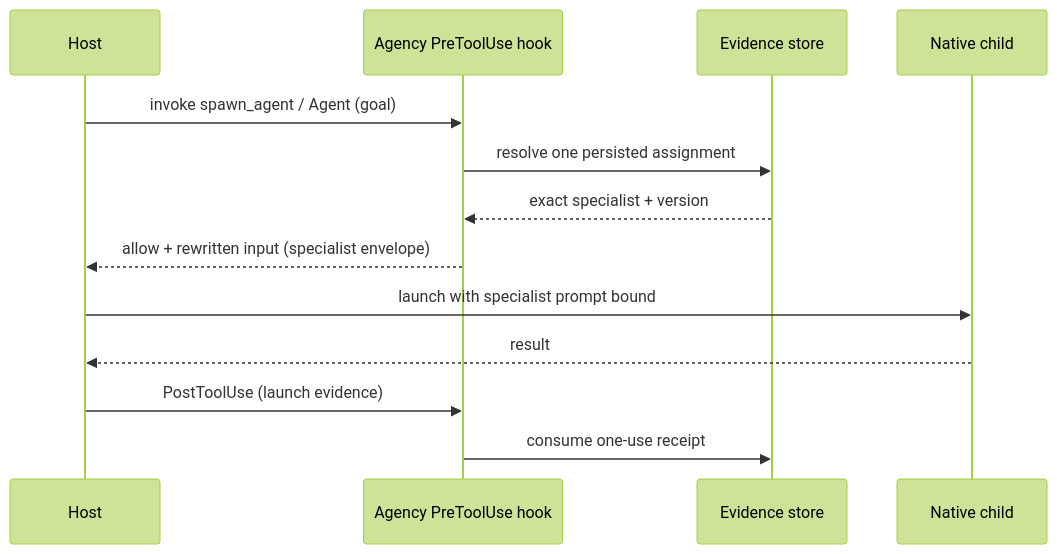
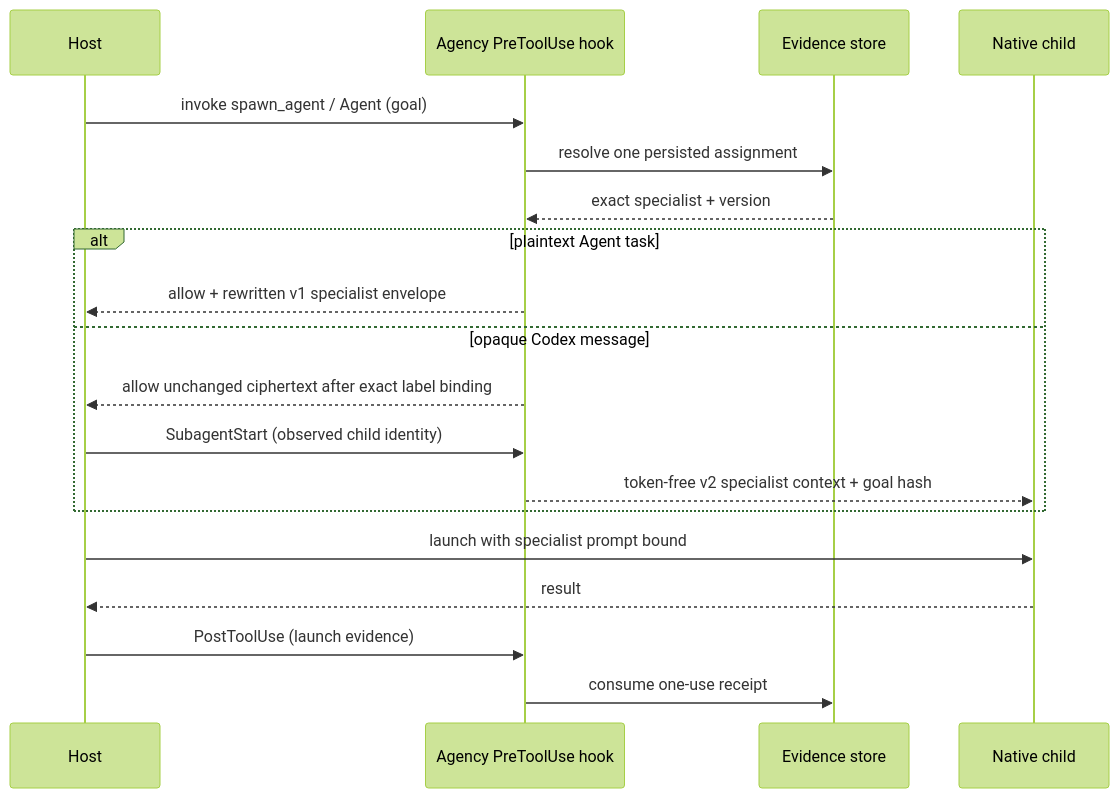
Before and after one commit to Holeshot-Software-LLC/agency-runtime: the second of 2 diagrams in README.md, drawn with Mermaid (forest theme). The commit also changed other lines of this file and 23 other files, not shown here.

Commit message:
fix(codex): bind opaque child launches to exact plan rows

````diff
--- a/README.md
+++ b/README.md
@@ -186,15 +190,21 @@
 ```mermaid
 sequenceDiagram
     participant Host
     participant Hook as Agency PreToolUse hook
     participant Store as Evidence store
     participant Child as Native child
     Host->>Hook: invoke spawn_agent / Agent (goal)
     Hook->>Store: resolve one persisted assignment
     Store-->>Hook: exact specialist + version
-    Hook-->>Host: allow + rewritten input (specialist envelope)
+    alt plaintext Agent task
+        Hook-->>Host: allow + rewritten v1 specialist envelope
+    else opaque Codex message
+        Hook-->>Host: allow unchanged ciphertext after exact label binding
+        Host->>Hook: SubagentStart (observed child identity)
+        Hook-->>Child: token-free v2 specialist context + goal hash
+    end
     Host->>Child: launch with specialist prompt bound
     Child-->>Host: result
     Host->>Hook: PostToolUse (launch evidence)
     Hook->>Store: consume one-use receipt
 ```
````
